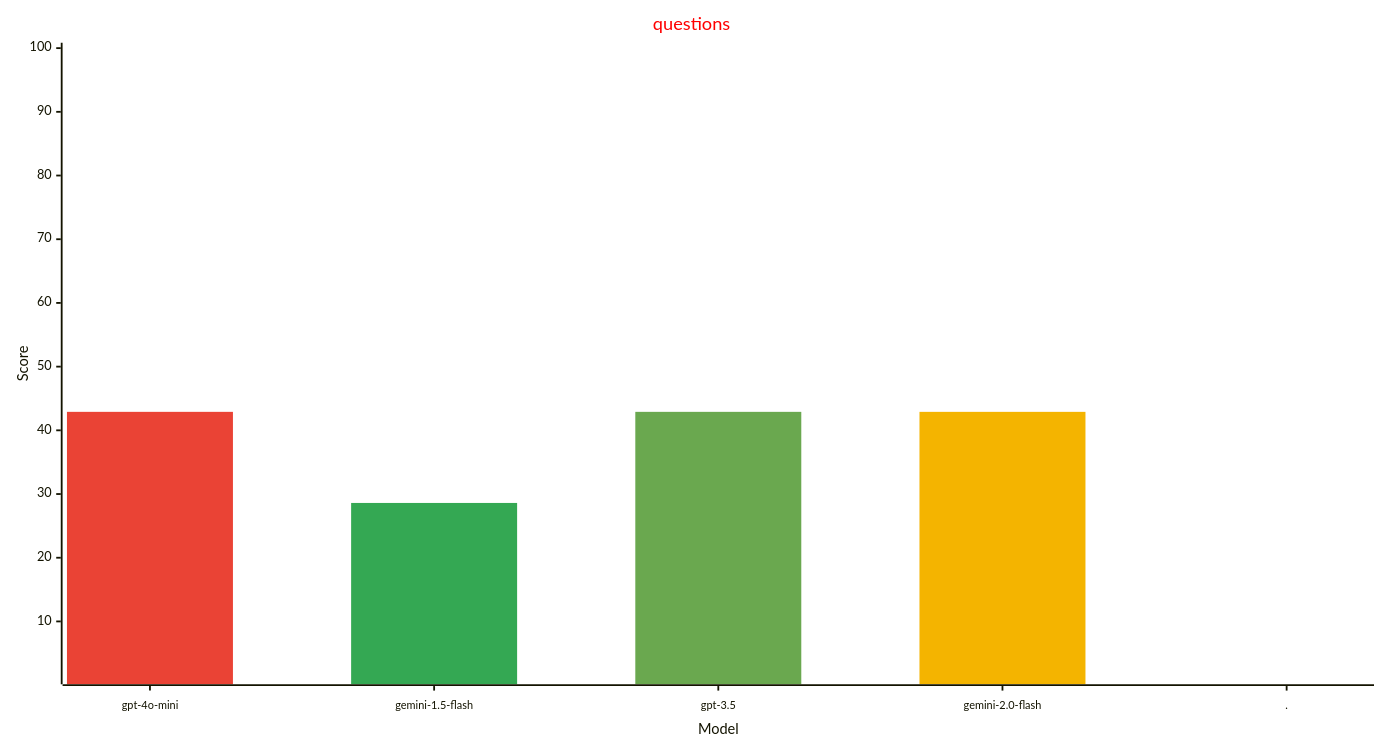
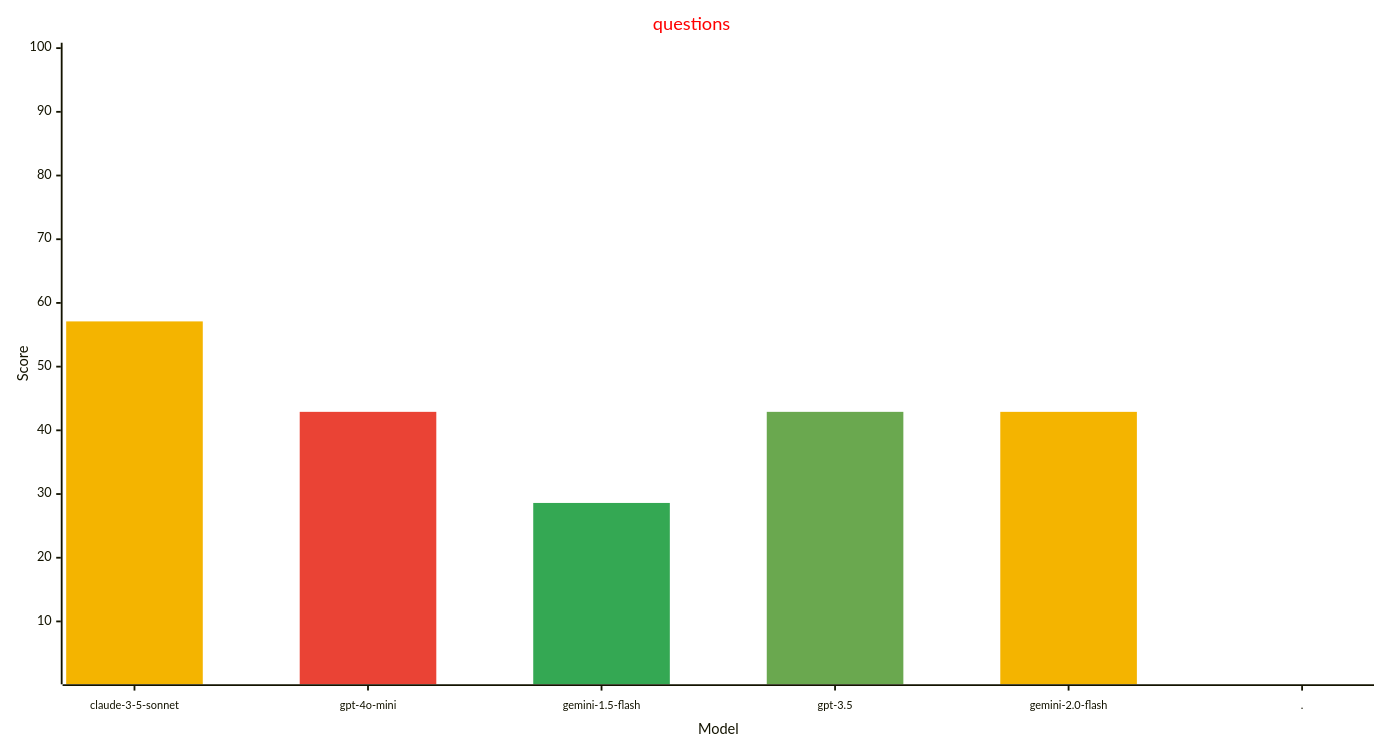
Before and after one commit to allenporter/home-assistant-datasets: the fourth of 4 diagrams in reports/README.md, drawn with Mermaid. The commit also changed other lines of this file and 13 other files, not shown here.

````diff
--- a/reports/README.md
+++ b/reports/README.md
@@ -195,25 +195,26 @@
 ```mermaid
 ---
 config:
     xyChart:
         width: 1500
         height: 800
         xAxis:
           labelFontSize: 12
           labelPadding: 8
     themeVariables:
         xyChart:
             titleColor: "#ff0000"
-            plotColorPalette: "#ea4335, #34a853, #6aa84f, #f4b400, #4285f4"
+            plotColorPalette: "#f4b400, #ea4335, #34a853, #6aa84f, #f4b400, #4285f4"
 
 ---
 xychart-beta
   title "questions"
-  x-axis "Model" [gpt-4o-mini, gemini-1.5-flash, gpt-3.5, gemini-2.0-flash, .]
+  x-axis "Model" [claude-3-5-sonnet, gpt-4o-mini, gemini-1.5-flash, gpt-3.5, gemini-2.0-flash, .]
   y-axis "Score" 1 --> 100
-  bar [42.9, 0.0, 0.0, 0.0, 0.0]
-  bar [0.0, 28.6, 0.0, 0.0, 0.0]
-  bar [0.0, 0.0, 42.9, 0.0, 0.0]
-  bar [0.0, 0.0, 0.0, 42.9, 0.0]
-  bar [0.0, 0.0, 0.0, 0.0, -1.0]
+  bar [57.1, 0.0, 0.0, 0.0, 0.0, 0.0]
+  bar [0.0, 42.9, 0.0, 0.0, 0.0, 0.0]
+  bar [0.0, 0.0, 28.6, 0.0, 0.0, 0.0]
+  bar [0.0, 0.0, 0.0, 42.9, 0.0, 0.0]
+  bar [0.0, 0.0, 0.0, 0.0, 42.9, 0.0]
+  bar [0.0, 0.0, 0.0, 0.0, 0.0, -1.0]
 ```
````
